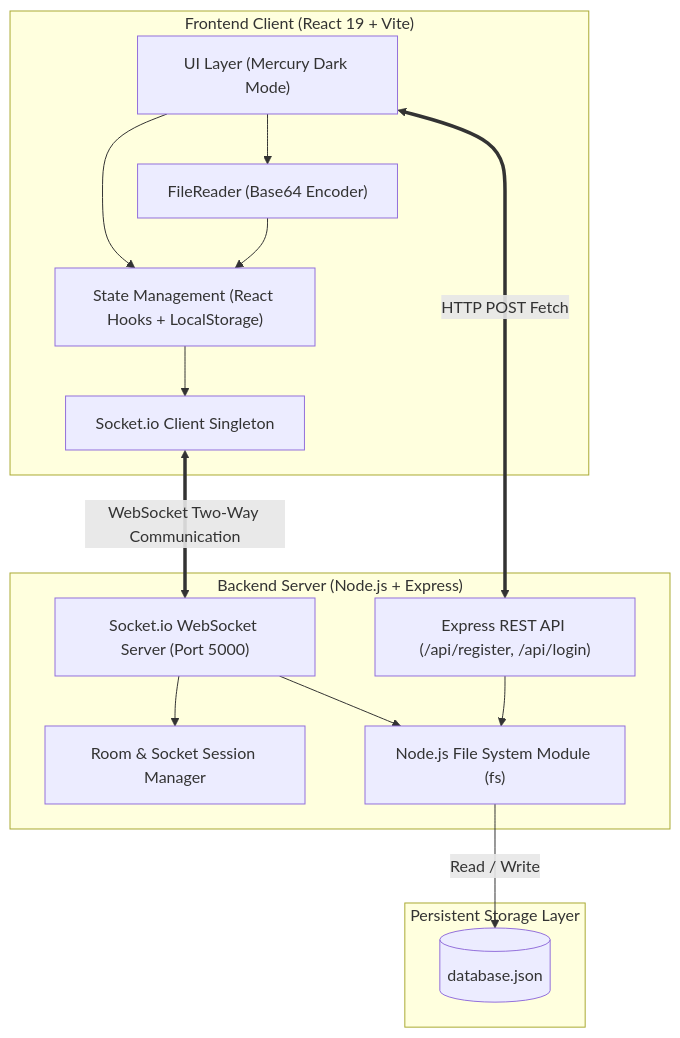
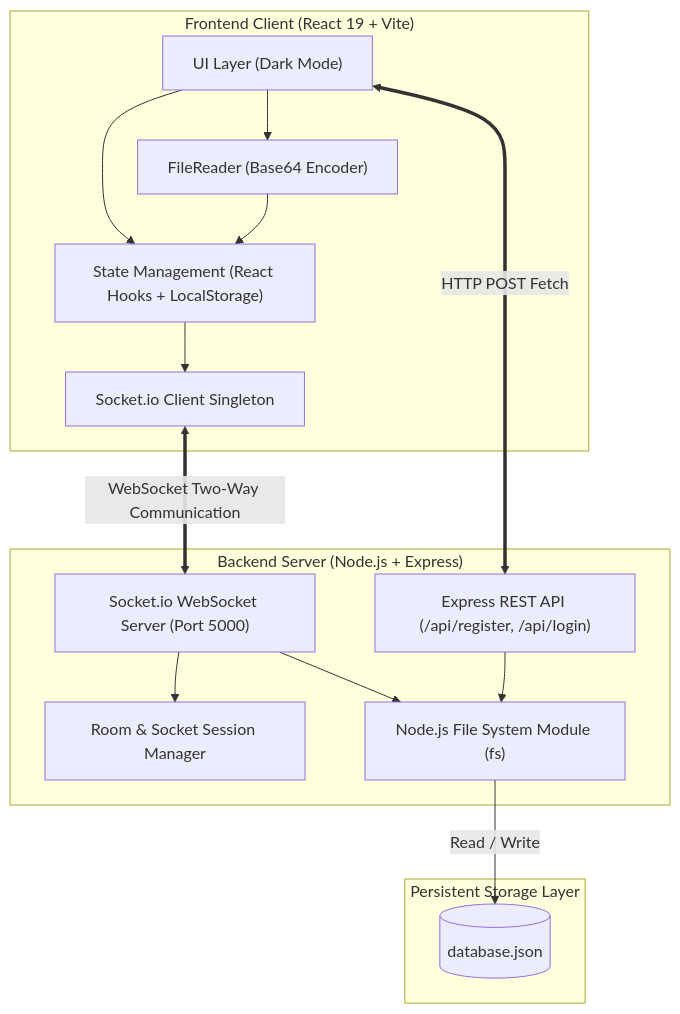
One commit to thuongng22/ANM-MM-BTL1.1 changed the first of 4 diagrams in ARCHITECTURE.md. Above: the diagram before and after it, drawn with Mermaid. The commit also changed other lines of this file and 10 other files, not shown here.

````diff
--- a/ARCHITECTURE.md
+++ b/ARCHITECTURE.md
@@ -13,33 +13,33 @@
 ```mermaid
 graph TD
     subgraph Client ["Frontend Client (React 19 + Vite)"]
-        UI["UI Layer (Mercury Dark Mode)"]
+        UI["UI Layer (Dark Mode)"]
         State["State Management (React Hooks + LocalStorage)"]
         SocketClient["Socket.io Client Singleton"]
         FileReaderModule["FileReader (Base64 Encoder)"]
         
         UI --> State
         State --> SocketClient
         UI --> FileReaderModule
         FileReaderModule --> State
     end
 
     subgraph Server ["Backend Server (Node.js + Express)"]
         REST["Express REST API (/api/register, /api/login)"]
         SocketServer["Socket.io WebSocket Server (Port 5000)"]
         RoomManager["Room & Socket Session Manager"]
         FSModule["Node.js File System Module (fs)"]
         
         SocketServer --> RoomManager
         SocketServer --> FSModule
         REST --> FSModule
     end
 
     subgraph Storage ["Persistent Storage Layer"]
         DB[("database.json")]
         FSModule -->|Read / Write| DB
     end
 
     SocketClient <==>|WebSocket Two-Way Communication| SocketServer
     UI <==>|HTTP POST Fetch| REST
 ```
````
